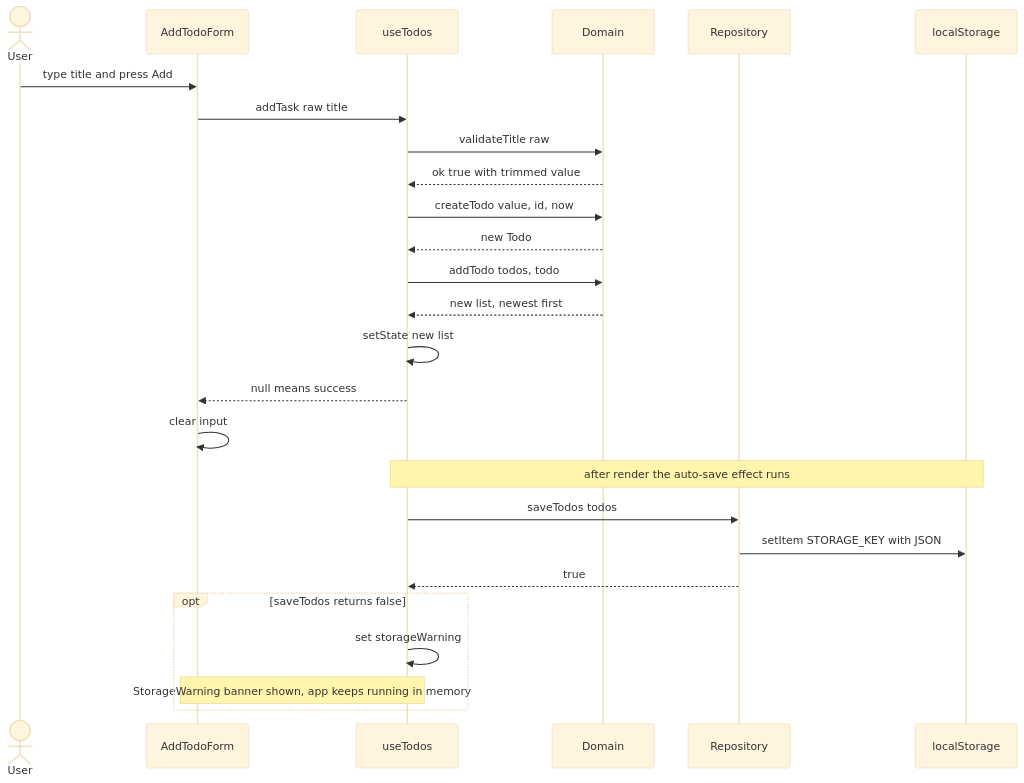
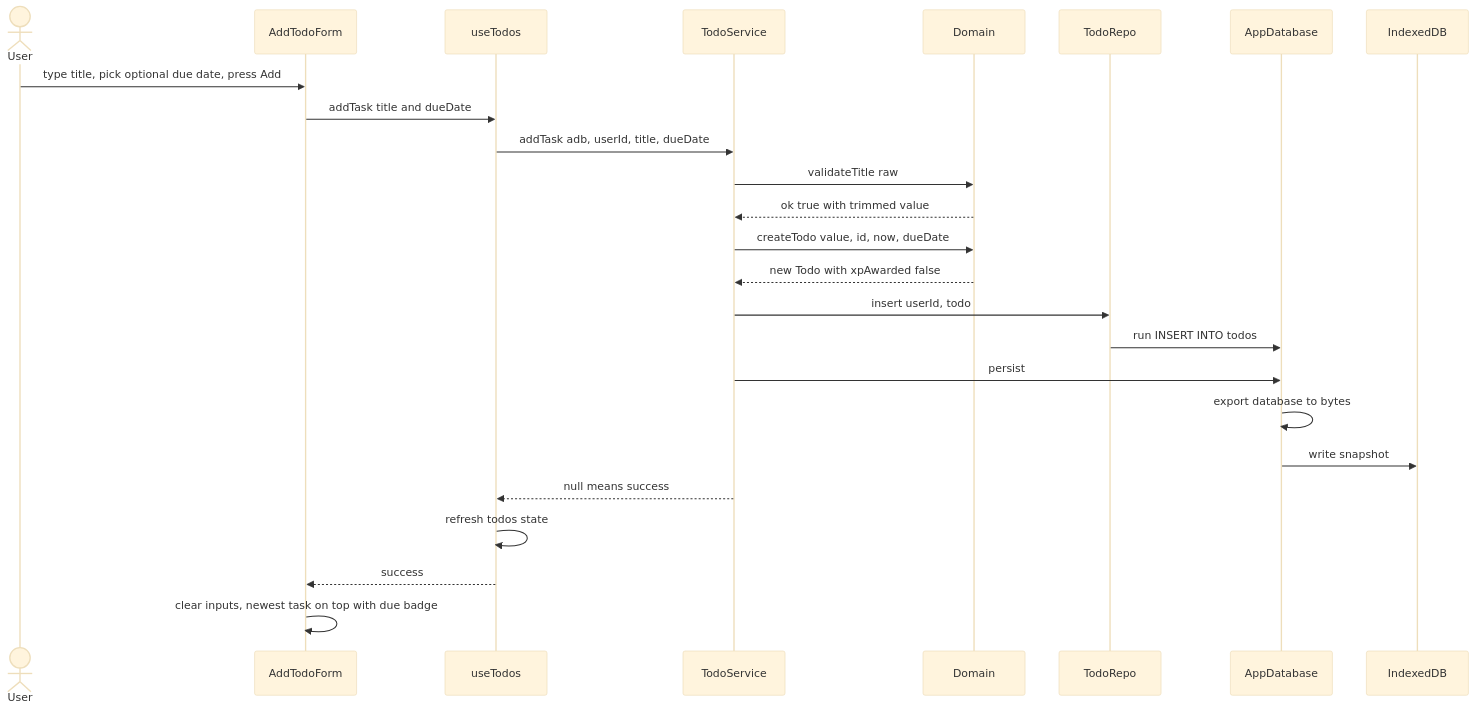
The second of 11 diagrams in specs/05-sequence-diagrams.md (Kopi-O-Kosong-Beng/ShopBack_AI-Assisted-App), drawn with Mermaid (base theme) before and after one commit. The commit also changed other lines of this file and 6 other files, not shown here.

````diff
--- a/specs/05-sequence-diagrams.md
+++ b/specs/05-sequence-diagrams.md
@@ -27,29 +84,28 @@
 ```mermaid
 sequenceDiagram
     actor User
     participant Form as AddTodoForm
     participant Hook as useTodos
+    participant Svc as TodoService
     participant Domain
-    participant Repo as Repository
-    participant LS as localStorage
+    participant TodoRepo
+    participant DB as AppDatabase
+    participant IDB as IndexedDB
 
-    User->>Form: type title and press Add
-    Form->>Hook: addTask raw title
-    Hook->>Domain: validateTitle raw
-    Domain-->>Hook: ok true with trimmed value
-    Hook->>Domain: createTodo value, id, now
-    Domain-->>Hook: new Todo
-    Hook->>Domain: addTodo todos, todo
-    Domain-->>Hook: new list, newest first
-    Hook->>Hook: setState new list
-    Hook-->>Form: null means success
-    Form->>Form: clear input
-    Note over Hook,LS: after render the auto-save effect runs
-    Hook->>Repo: saveTodos todos
-    Repo->>LS: setItem STORAGE_KEY with JSON
-    Repo-->>Hook: true
-    opt saveTodos returns false
-        Hook->>Hook: set storageWarning
-        Note over Form,Hook: StorageWarning banner shown, app keeps running in memory
-    end
+    User->>Form: type title, pick optional due date, press Add
+    Form->>Hook: addTask title and dueDate
+    Hook->>Svc: addTask adb, userId, title, dueDate
+    Svc->>Domain: validateTitle raw
+    Domain-->>Svc: ok true with trimmed value
+    Svc->>Domain: createTodo value, id, now, dueDate
+    Domain-->>Svc: new Todo with xpAwarded false
+    Svc->>TodoRepo: insert userId, todo
+    TodoRepo->>DB: run INSERT INTO todos
+    Svc->>DB: persist
+    DB->>DB: export database to bytes
+    DB->>IDB: write snapshot
+    Svc-->>Hook: null means success
+    Hook->>Hook: refresh todos state
+    Hook-->>Form: success
+    Form->>Form: clear inputs, newest task on top with due badge
 ```
````
